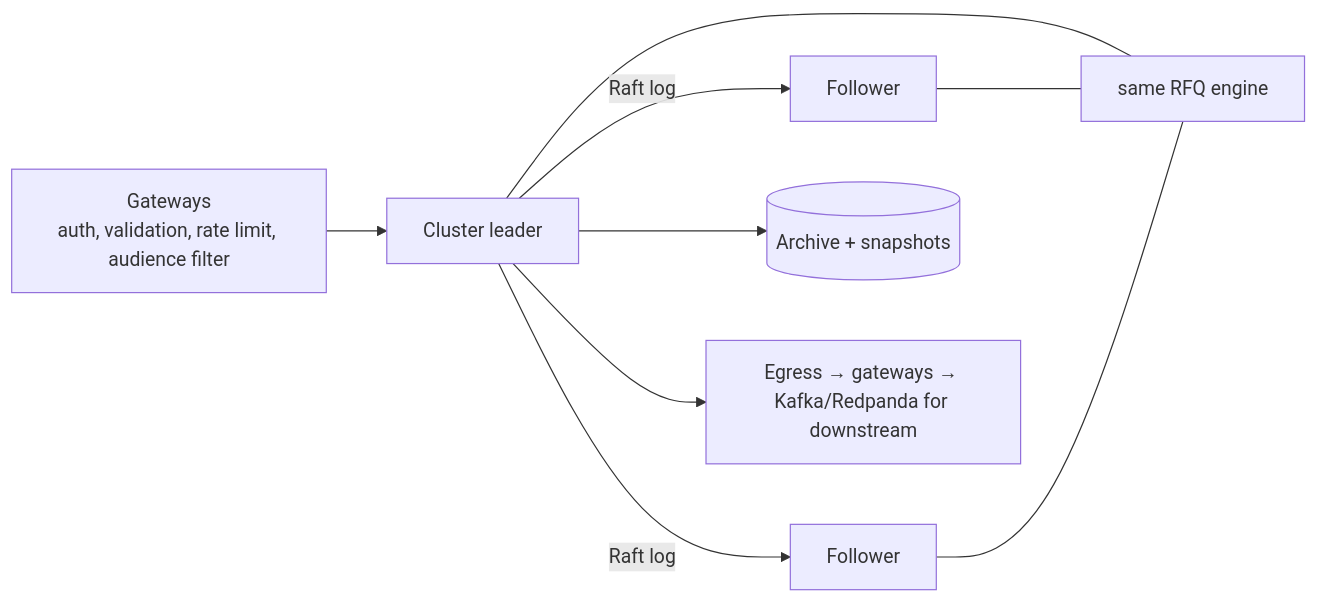
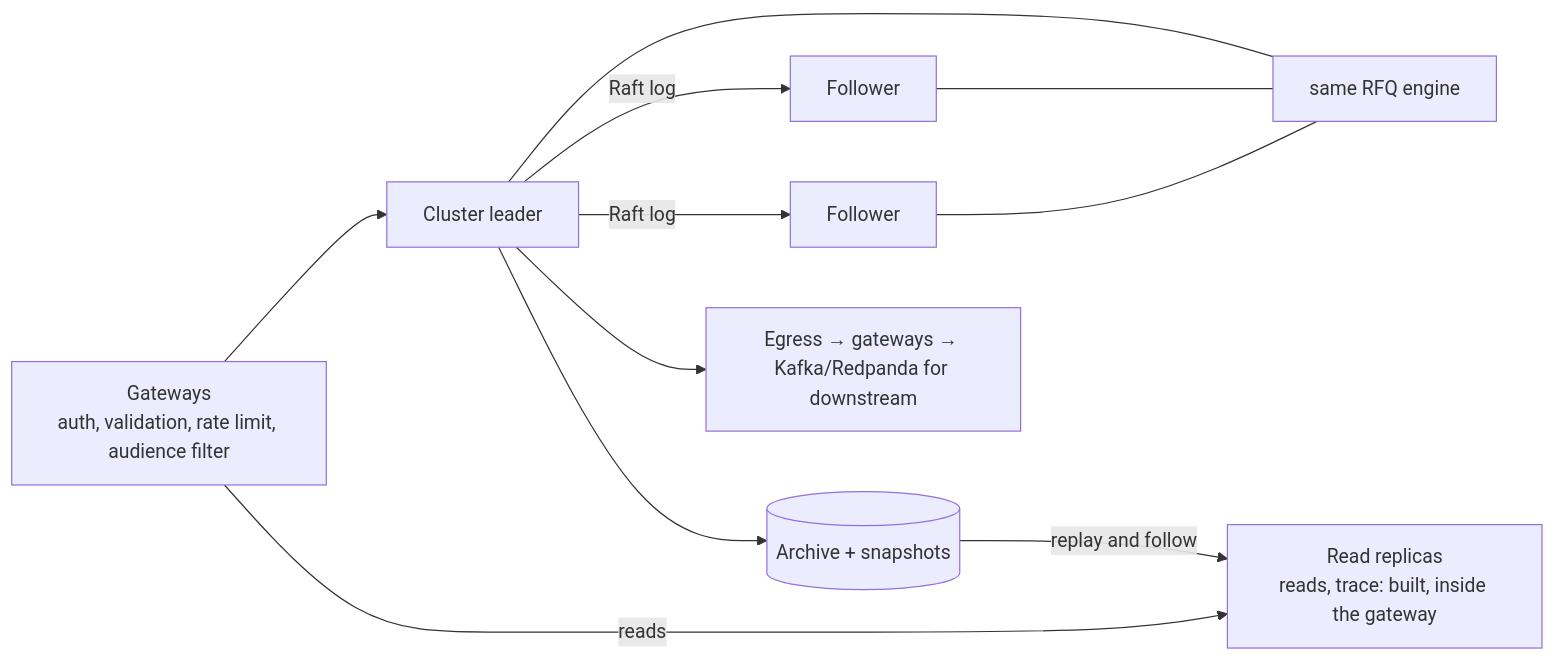
The seventh of 8 diagrams in docs/architecture/overview.md (hmdsefi/rfq), drawn with Mermaid before and after one commit. The commit also changed other lines of this file and 9 other files, not shown here.

Commit message:
docs: the read side and HTTP API in the README, architecture and specs

````diff
--- a/docs/architecture/overview.md
+++ b/docs/architecture/overview.md
@@ -213,9 +248,11 @@
 ```mermaid
 flowchart LR
   GW[Gateways<br/>auth, validation, rate limit, audience filter] --> LDR[Cluster leader]
   LDR -- Raft log --> F1[Follower]
   LDR -- Raft log --> F2[Follower]
   LDR & F1 & F2 --- E3[same RFQ engine]
   LDR --> ARC[(Archive + snapshots)]
   LDR --> EG[Egress → gateways → Kafka/Redpanda for downstream]
+  ARC -- replay and follow --> RR[Read replicas<br/>reads, trace: built, inside the gateway]
+  GW -- reads --> RR
 ```
````
